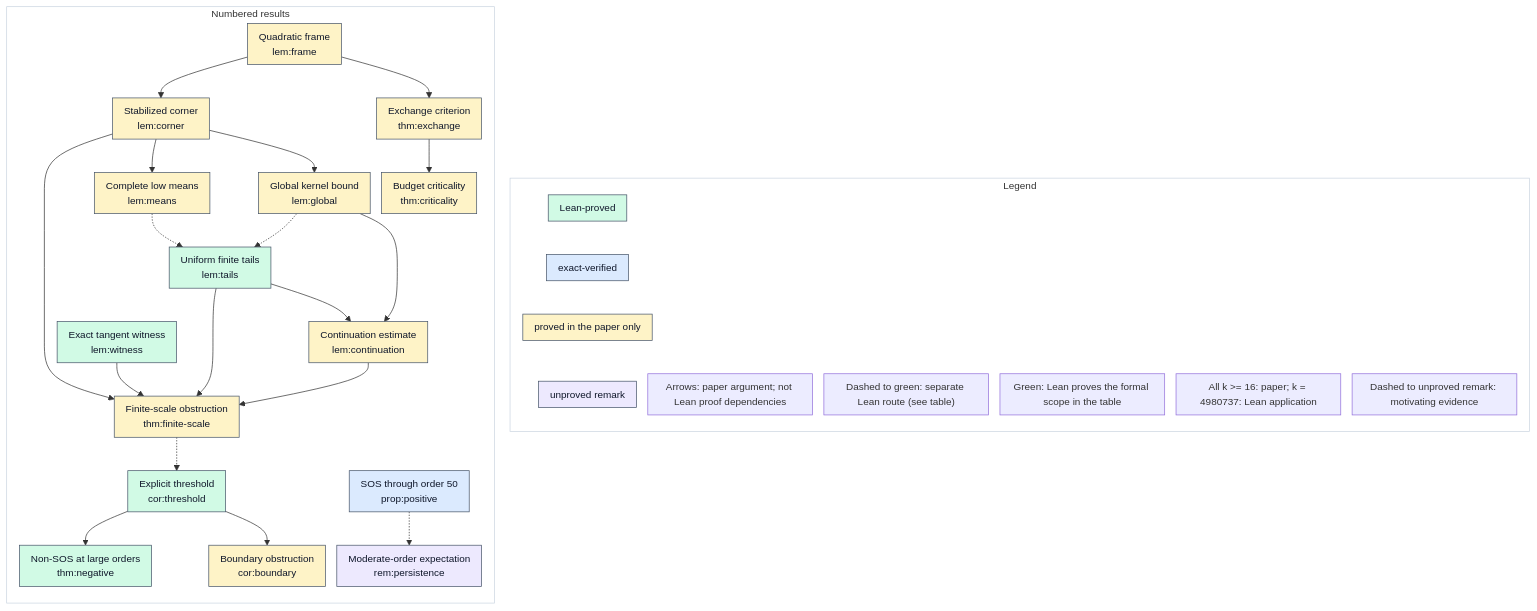
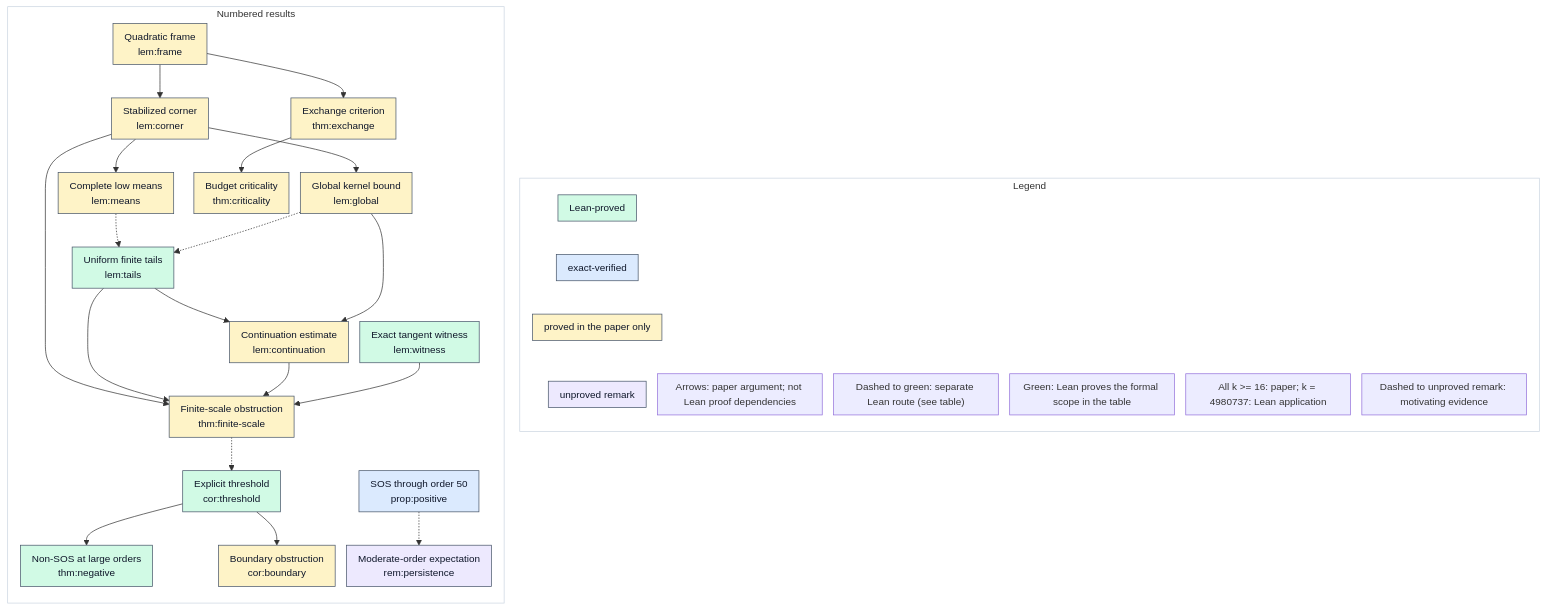
Before and after one commit to erenup/toeplitz-bw-not-sos: the diagram in paper-lean-mapping/graph.md, drawn with Mermaid. The commit also changed 13 other files, not shown here.

````diff
--- a/paper-lean-mapping/graph.md
+++ b/paper-lean-mapping/graph.md
@@ -5,59 +5,59 @@
 ```mermaid
 %%{init: {"flowchart": {"nodeSpacing": 16, "rankSpacing": 22, "padding": 8}, "themeVariables": {"fontSize": "14px"}}}%%
 flowchart LR
   subgraph Results[Numbered results]
     direction TB
   n0["Non-SOS at large orders<br/>thm:negative"]:::s0
-  n2 --> n0
-  n1["Finite-scale obstruction<br/>thm:finite-scale"]:::s2
-  n4 --> n1
-  n7 --> n1
-  n8 --> n1
-  n9 --> n1
-  n2["Explicit threshold<br/>cor:threshold"]:::s0
-  n1 -.-> n2
-  n3["Quadratic frame<br/>lem:frame"]:::s2
-  n4["Stabilized corner<br/>lem:corner"]:::s2
+  n1 --> n0
+  n1["Explicit threshold<br/>cor:threshold"]:::s0
+  n9 -.-> n1
+  n2["Quadratic frame<br/>lem:frame"]:::s2
+  n3["Stabilized corner<br/>lem:corner"]:::s2
+  n2 --> n3
+  n4["Complete low means<br/>lem:means"]:::s2
   n3 --> n4
-  n5["Complete low means<br/>lem:means"]:::s2
-  n4 --> n5
-  n6["Global kernel bound<br/>lem:global"]:::s2
-  n4 --> n6
-  n7["Uniform finite tails<br/>lem:tails"]:::s0
-  n5 -.-> n7
-  n6 -.-> n7
-  n8["Continuation estimate<br/>lem:continuation"]:::s2
-  n7 --> n8
-  n6 --> n8
-  n9["Exact tangent witness<br/>lem:witness"]:::s0
+  n5["Global kernel bound<br/>lem:global"]:::s2
+  n3 --> n5
+  n6["Uniform finite tails<br/>lem:tails"]:::s0
+  n4 -.-> n6
+  n5 -.-> n6
+  n7["Continuation estimate<br/>lem:continuation"]:::s2
+  n6 --> n7
+  n5 --> n7
+  n8["Exact tangent witness<br/>lem:witness"]:::s0
+  n9["Finite-scale obstruction<br/>thm:finite-scale"]:::s2
+  n3 --> n9
+  n6 --> n9
+  n7 --> n9
+  n8 --> n9
   n10["SOS through order 50<br/>prop:positive"]:::s1
   n11["Exchange criterion<br/>thm:exchange"]:::s2
-  n3 --> n11
+  n2 --> n11
   n12["Budget criticality<br/>thm:criticality"]:::s2
   n11 --> n12
   n13["Boundary obstruction<br/>cor:boundary"]:::s2
-  n2 --> n13
+  n1 --> n13
   n14["Moderate-order expectation<br/>rem:persistence"]:::s3
   n10 -.-> n14
   end
   subgraph Legend
     direction TB
     legend0["Lean-proved"]:::s0
     legend1["exact-verified"]:::s1
     legend2["proved in the paper only"]:::s2
     legend3["unproved remark"]:::s3
     key0["Arrows: paper argument; not Lean proof dependencies"]
     key1["Dashed to green: separate Lean route (see table)"]
     key2["Green: Lean proves the formal scope in the table"]
     key3["All k >= 16: paper; k = 4980737: Lean application"]
     key4["Dashed to unproved remark: motivating evidence"]
     legend0 ~~~ legend1 ~~~ legend2 ~~~ legend3
   end
   Results ~~~ Legend
   style Results fill:#ffffff,stroke:#cbd5e1
   style Legend fill:#ffffff,stroke:#cbd5e1
   classDef s0 fill:#d1fae5,stroke:#475569,color:#0f172a
   classDef s1 fill:#dbeafe,stroke:#475569,color:#0f172a
   classDef s2 fill:#fef3c7,stroke:#475569,color:#0f172a
   classDef s3 fill:#ede9fe,stroke:#475569,color:#0f172a
 ```
````
